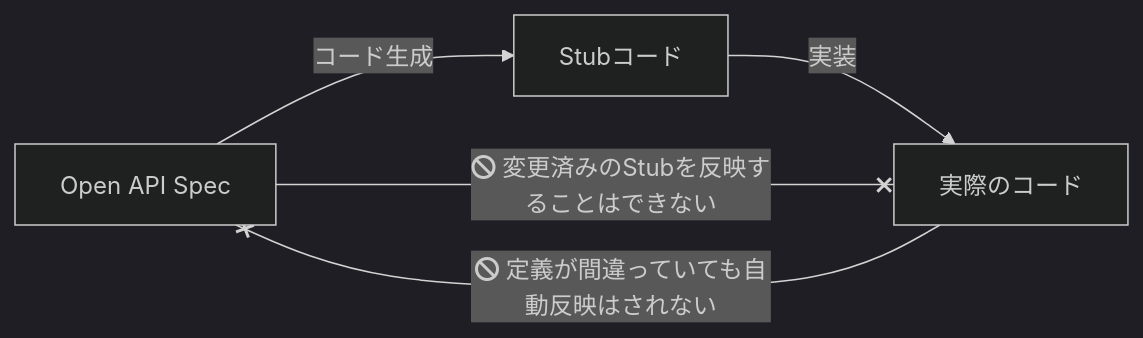
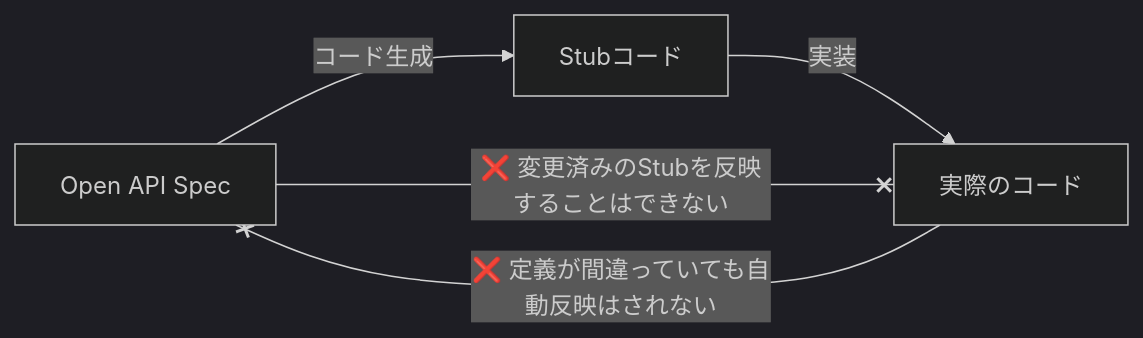
The first of 2 diagrams in articles/schema-driven-development-flow.md (k2tzumi/zenn), drawn with Mermaid (dark theme) before and after one commit. The commit also changed other lines of this file, not shown here.

````diff
--- a/articles/schema-driven-development-flow.md
+++ b/articles/schema-driven-development-flow.md
@@ -56,7 +56,7 @@
 ```mermaid
 flowchart LR
     OAS[Open API Spec] -->|コード生成| Stub[Stubコード]
     Stub -->|実装| Production[実際のコード]
-    Production --x |fa:fa-ban 定義が間違っていても自動反映はされない| OAS
-    OAS --x |fa:fa-ban 変更済みのStubを反映することはできない| Production
+    Production --x |"❌ 定義が間違っていても自動反映はされない"| OAS
+    OAS --x |"❌ 変更済みのStubを反映することはできない"| Production
 ```
````
